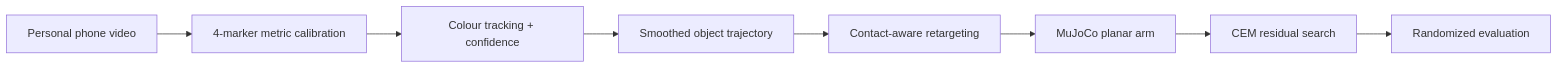
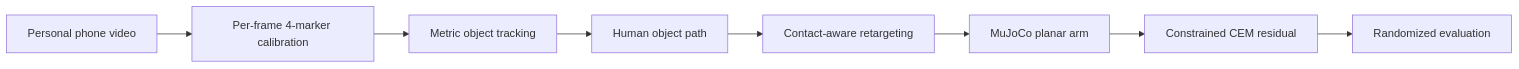
The diagram in README.md (Louis-YW/forhumanoid), drawn with Mermaid before and after one commit. The commit also changed other lines of this file and 20 other files, not shown here.

````diff
--- a/README.md
+++ b/README.md
@@ -27,10 +47,10 @@
 ```mermaid
 flowchart LR
-    A[Personal phone video] --> B[4-marker metric calibration]
-    B --> C[Colour tracking + confidence]
-    C --> D[Smoothed object trajectory]
+    A[Personal phone video] --> B[Per-frame 4-marker calibration]
+    B --> C[Metric object tracking]
+    C --> D[Human object path]
     D --> E[Contact-aware retargeting]
     E --> F[MuJoCo planar arm]
-    F --> G[CEM residual search]
+    F --> G[Constrained CEM residual]
     G --> H[Randomized evaluation]
 ```
````
